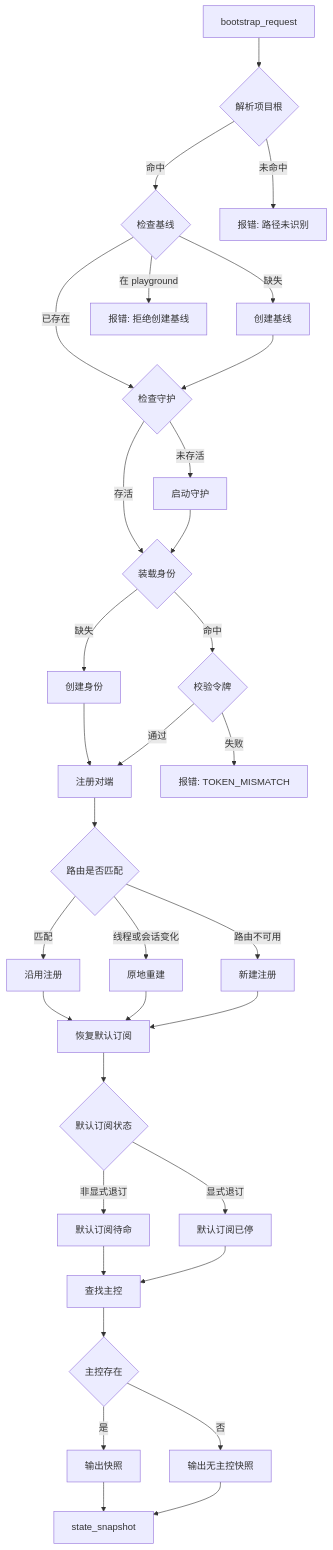
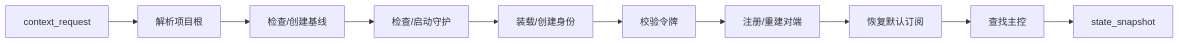
Before and after one commit to Jasonzhangf/appsdk: the second of 2 diagrams in docs/collab-context-state-machine.md, drawn with Mermaid. The commit also changed other lines of this file and 3 other files, not shown here.

First line of the commit message:
docs(collab): normalize context bootstrap as a DAGpipe SESE state machine

````diff
--- a/docs/collab-context-state-machine.md
+++ b/docs/collab-context-state-machine.md
@@ -65,35 +123,12 @@
 ```mermaid
-flowchart TD
-    A[bootstrap_request] --> B{解析项目根}
-    B -- 命中 --> C{检查基线}
-    B -- 未命中 --> X1[报错: 路径未识别]
-    C -- 已存在 --> D{检查守护}
-    C -- 缺失 --> E[创建基线]
-    E --> D
-    C -- 在 playground --> X2[报错: 拒绝创建基线]
-    D -- 存活 --> F{装载身份}
-    D -- 未存活 --> G[启动守护]
-    G --> F
-    F -- 命中 --> H{校验令牌}
-    F -- 缺失 --> I[创建身份]
-    I --> J[注册对端]
-    H -- 通过 --> J
-    H -- 失败 --> X3[报错: TOKEN_MISMATCH]
-    J --> K{路由是否匹配}
-    K -- 匹配 --> L[沿用注册]
-    K -- 线程或会话变化 --> M[原地重建]
-    K -- 路由不可用 --> N[新建注册]
-    L --> O[恢复默认订阅]
-    M --> O
-    N --> O
-    O --> P{默认订阅状态}
-    P -- 非显式退订 --> Q[默认订阅待命]
-    P -- 显式退订 --> R[默认订阅已停]
-    Q --> S[查找主控]
-    R --> S
-    S --> T{主控存在}
-    T -- 是 --> U[输出快照]
-    T -- 否 --> V[输出无主控快照]
-    U --> Y[state_snapshot]
-    V --> Y
+flowchart LR
+    S[context_request] --> R[解析项目根]
+    R --> B[检查/创建基线]
+    B --> D[检查/启动守护]
+    D --> I[装载/创建身份]
+    I --> V[校验令牌]
+    V --> G[注册/重建对端]
+    G --> N[恢复默认订阅]
+    N --> M[查找主控]
+    M --> O[state_snapshot]
 ```
````
